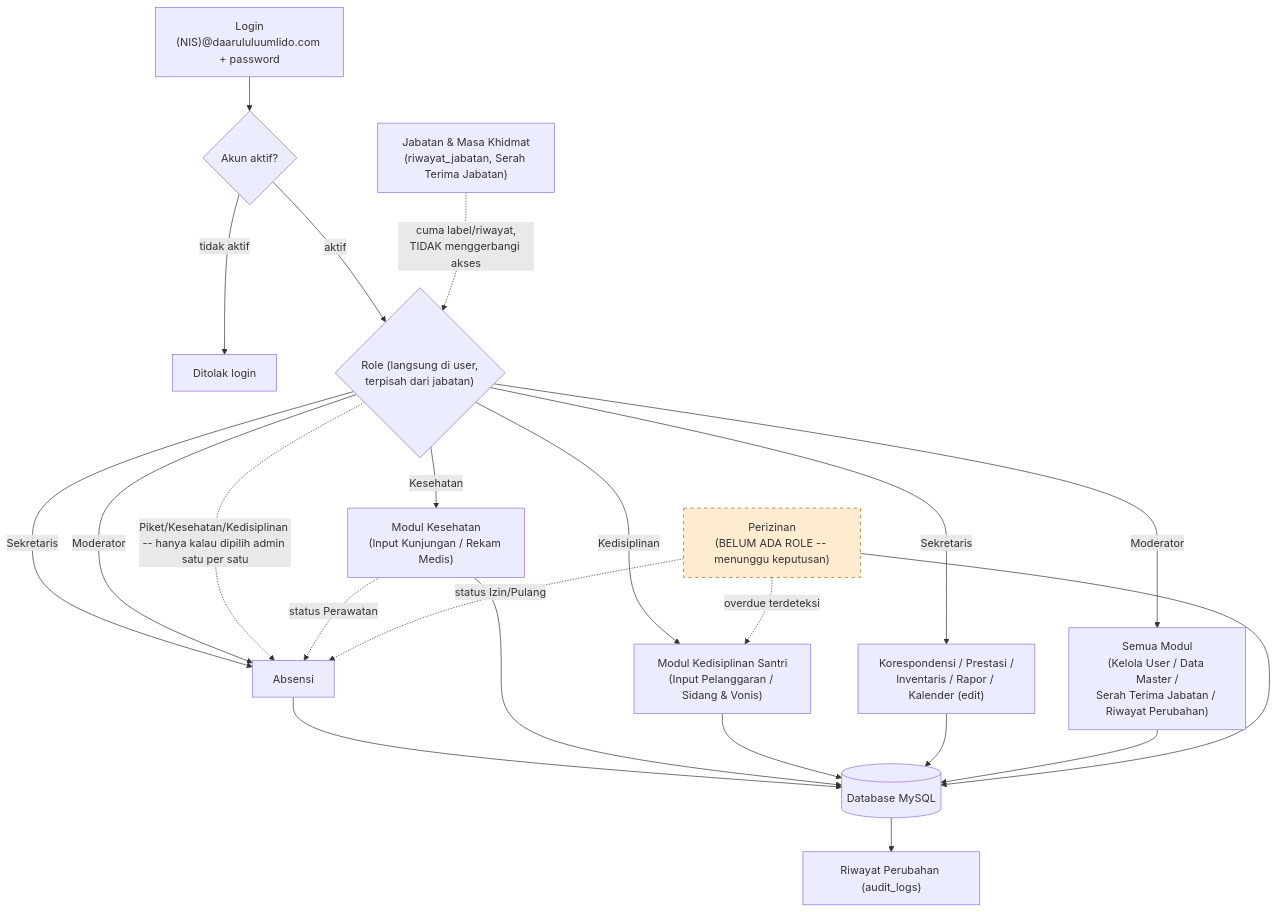
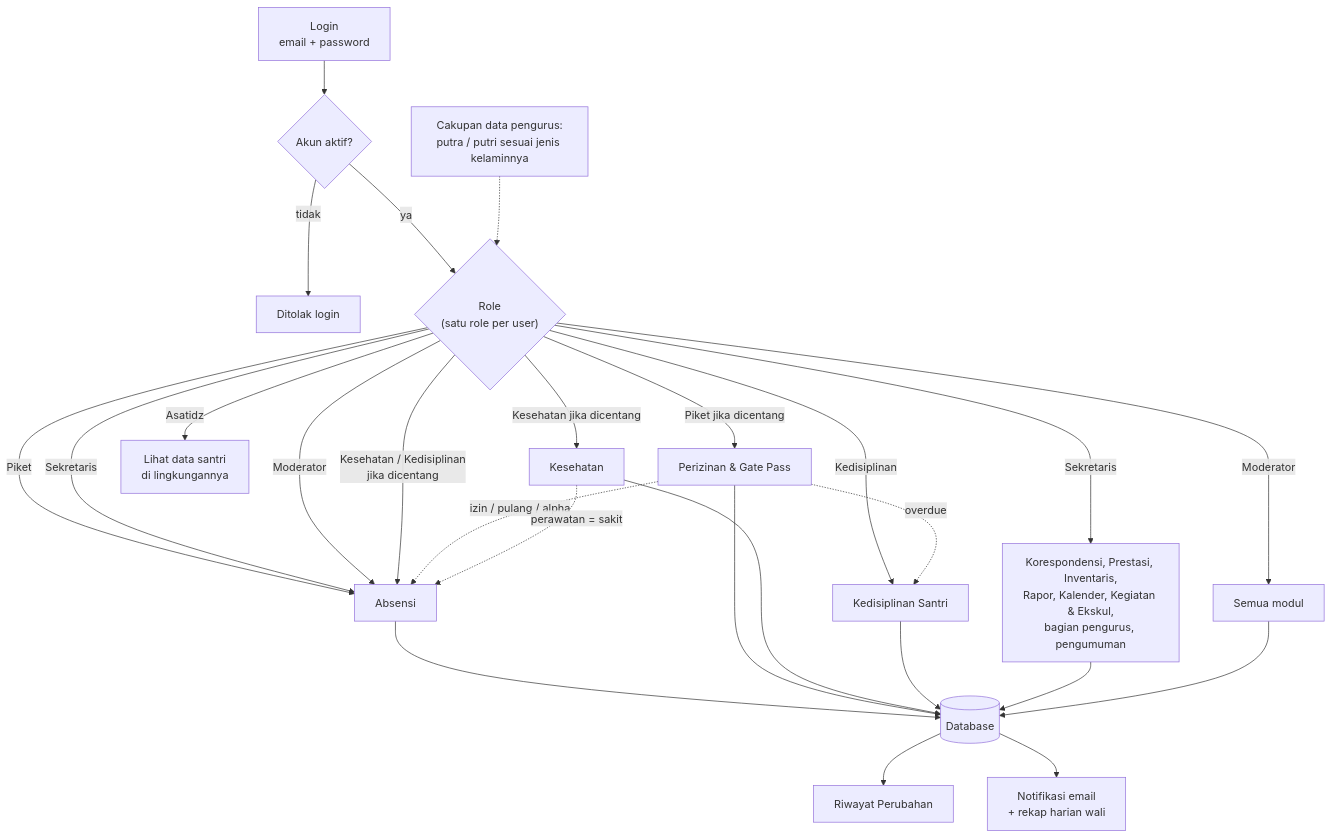
Before and after one commit to SiJao/ProjectJao: the second of 7 diagrams in README.md, drawn with Mermaid. The commit also changed other lines of this file, not shown here.

First line of the commit message:
README: rangkuman hasil desain sistem per modul (4 Okt 2026)

````diff
--- a/README.md
+++ b/README.md
@@ -70,33 +120,33 @@
 ```mermaid
 flowchart TD
-    A["Login<br/>(NIS)@daarululuumlido.com + password"] --> B{"Akun aktif?"}
-    B -- "tidak aktif" --> Z["Ditolak login"]
-    B -- "aktif" --> C{"Role (langsung di user,<br/>terpisah dari jabatan)"}
+    A["Login<br/>email + password"] --> B{"Akun aktif?"}
+    B -- "tidak" --> Z["Ditolak login"]
+    B -- "ya" --> C{"Role<br/>(satu role per user)"}
 
-    C -- Kesehatan --> D3["Modul Kesehatan<br/>(Input Kunjungan / Rekam Medis)"]
-    C -- Kedisiplinan --> D5["Modul Kedisiplinan Santri<br/>(Input Pelanggaran / Sidang & Vonis)"]
-    C -- Sekretaris --> D7["Korespondensi / Prestasi /<br/>Inventaris / Rapor / Kalender (edit)"]
-    C -- Moderator --> D8["Semua Modul<br/>(Kelola User / Data Master /<br/>Serah Terima Jabatan / Riwayat Perubahan)"]
+    C -- "Piket" --> M1["Absensi"]
+    C -- "Sekretaris" --> M1
+    C -- "Moderator" --> M1
+    C -- "Kesehatan / Kedisiplinan<br/>jika dicentang" --> M1
 
-    C -- Sekretaris --> D1["Absensi"]
-    C -- Moderator --> D1
-    C -. "Piket/Kesehatan/Kedisiplinan -- hanya kalau dipilih admin satu per satu" .-> D1
+    C -- "Piket jika dicentang" --> M2["Perizinan & Gate Pass"]
+    C -- "Kesehatan jika dicentang" --> M3["Kesehatan"]
+    C -- "Kedisiplinan" --> M4["Kedisiplinan Santri"]
+    C -- "Sekretaris" --> M5["Korespondensi, Prestasi, Inventaris,<br/>Rapor, Kalender, Kegiatan & Ekskul,<br/>bagian pengurus, pengumuman"]
+    C -- "Asatidz" --> M6["Lihat data santri<br/>di lingkungannya"]
+    C -- "Moderator" --> M7["Semua modul"]
 
-    D9["Perizinan<br/>(BELUM ADA ROLE -- menunggu keputusan)"]
+    S["Cakupan data pengurus:<br/>putra / putri sesuai jenis kelaminnya"] -.-> C
 
-    D1 --> E[("Database MySQL")]
-    D3 --> E
-    D5 --> E
-    D7 --> E
-    D8 --> E
-    D9 --> E
+    M2 -. "overdue" .-> M4
+    M2 -. "izin / pulang / alpha" .-> M1
+    M3 -. "perawatan = sakit" .-> M1
 
-    D9 -. "overdue terdeteksi" .-> D5
-    D3 -. "status Perawatan" .-> D1
-    D9 -. "status Izin/Pulang" .-> D1
-    E --> F["Riwayat Perubahan (audit_logs)"]
-
-    J["Jabatan & Masa Khidmat<br/>(riwayat_jabatan, Serah Terima Jabatan)"] -. "cuma label/riwayat,<br/>TIDAK menggerbangi akses" .-> C
-
-    style D9 fill:#fdeccf,stroke:#a5680f,stroke-dasharray: 5 5
+    M1 --> DB[("Database")]
+    M2 --> DB
+    M3 --> DB
+    M4 --> DB
+    M5 --> DB
+    M7 --> DB
+    DB --> L["Riwayat Perubahan"]
+    DB --> N["Notifikasi email<br/>+ rekap harian wali"]
 ```
````
